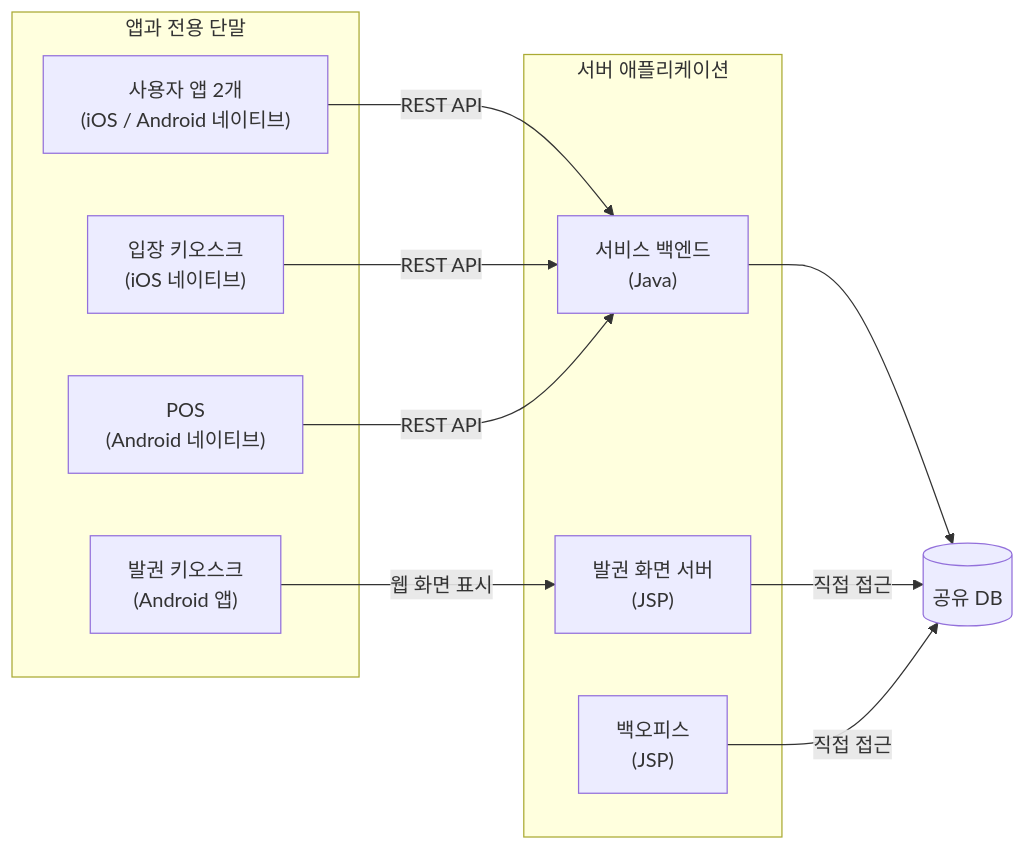
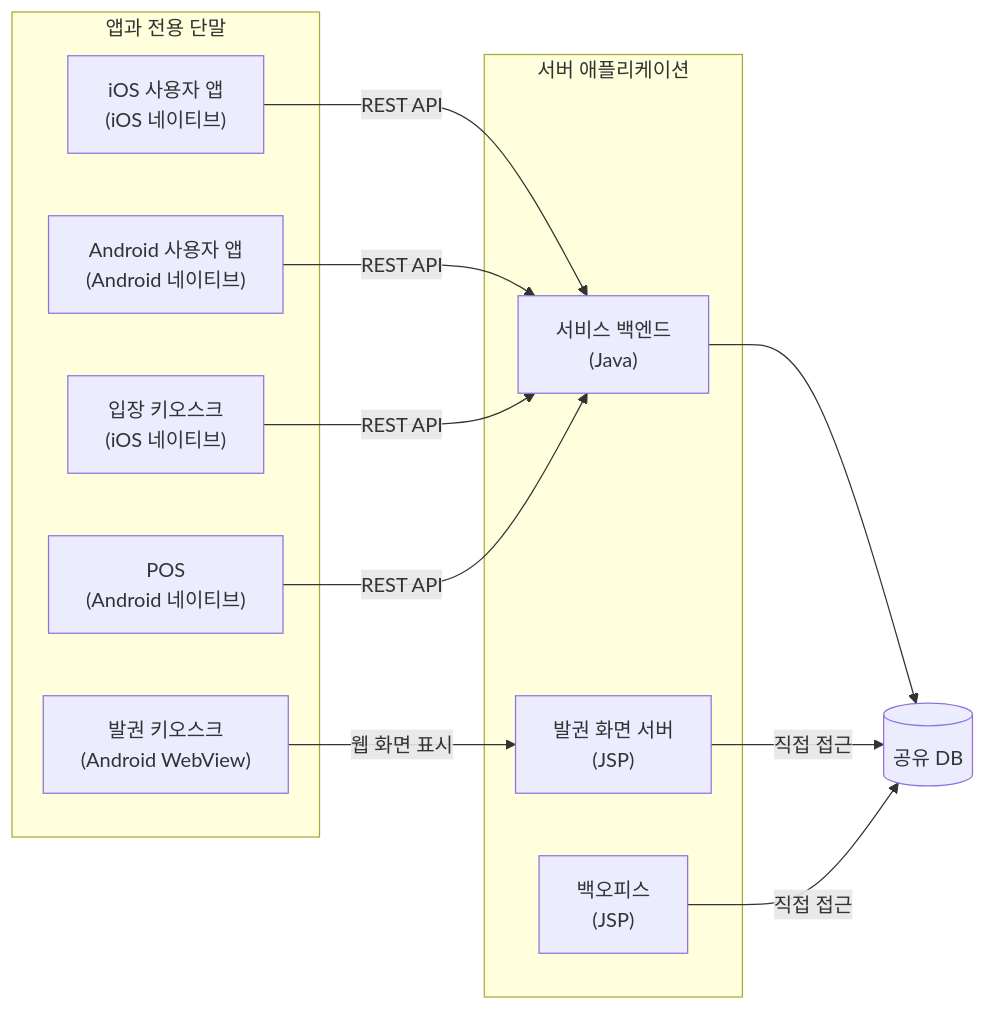
Before and after one commit to mannercode/mannercode.github.io: the diagram in aicode/ai_coding_part1.md, drawn with Mermaid. The commit also changed other lines of this file and 6 other files, not shown here.

````diff
--- a/aicode/ai_coding_part1.md
+++ b/aicode/ai_coding_part1.md
@@ -87,26 +89,28 @@
 ```mermaid
 flowchart LR
     subgraph Devices["앱과 전용 단말"]
-        UserApps["사용자 앱 2개<br/>(iOS / Android 네이티브)"]
+        UserAppIOS["iOS 사용자 앱<br/>(iOS 네이티브)"]
+        UserAppAndroid["Android 사용자 앱<br/>(Android 네이티브)"]
         EntranceKiosk["입장 키오스크<br/>(iOS 네이티브)"]
         Pos["POS<br/>(Android 네이티브)"]
-        TicketKiosk["발권 키오스크<br/>(Android 앱)"]
+        TicketKiosk["발권 키오스크<br/>(Android WebView)"]
     end
 
     subgraph Servers["서버 애플리케이션"]
         Backend["서비스 백엔드<br/>(Java)"]
         TicketServer["발권 화면 서버<br/>(JSP)"]
         Backoffice["백오피스<br/>(JSP)"]
     end
 
     Database[("공유 DB")]
 
-    UserApps -->|REST API| Backend
+    UserAppIOS -->|REST API| Backend
+    UserAppAndroid -->|REST API| Backend
     EntranceKiosk -->|REST API| Backend
     Pos -->|REST API| Backend
     TicketKiosk -->|웹 화면 표시| TicketServer
 
     Backend --> Database
     TicketServer -->|직접 접근| Database
     Backoffice -->|직접 접근| Database
 ```
````
